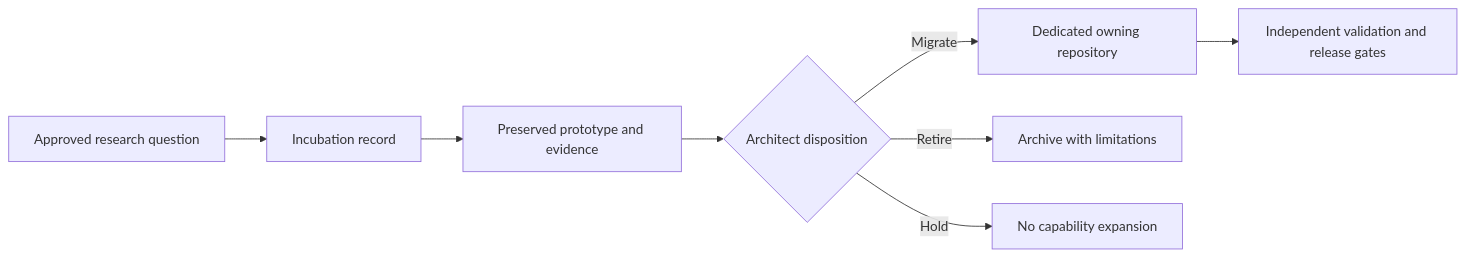
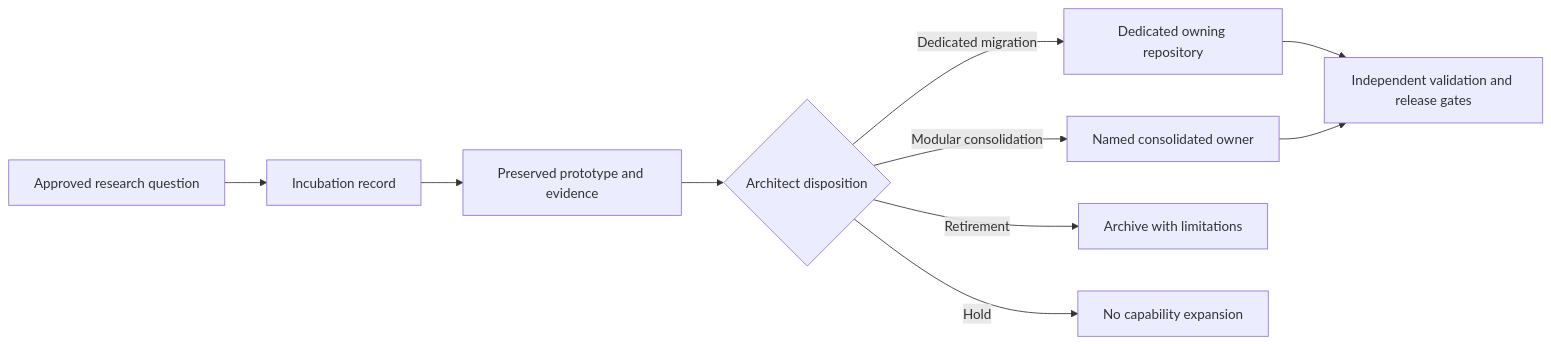
One commit to aevespers2/Misc changed the diagram in README.md. Above: the diagram before and after it, drawn with Mermaid. The commit also changed other lines of this file and 8 other files, not shown here.

````diff
--- a/README.md
+++ b/README.md
@@ -41,10 +43,12 @@
 ```mermaid
 flowchart LR
     A[Approved research question] --> B[Incubation record]
     B --> C[Preserved prototype and evidence]
     C --> D{Architect disposition}
-    D -->|Migrate| E[Dedicated owning repository]
-    D -->|Retire| F[Archive with limitations]
-    D -->|Hold| G[No capability expansion]
-    E --> H[Independent validation and release gates]
+    D -->|Dedicated migration| E[Dedicated owning repository]
+    D -->|Modular consolidation| F[Named consolidated owner]
+    D -->|Retirement| G[Archive with limitations]
+    D -->|Hold| H[No capability expansion]
+    E --> I[Independent validation and release gates]
+    F --> I
 ```
````
